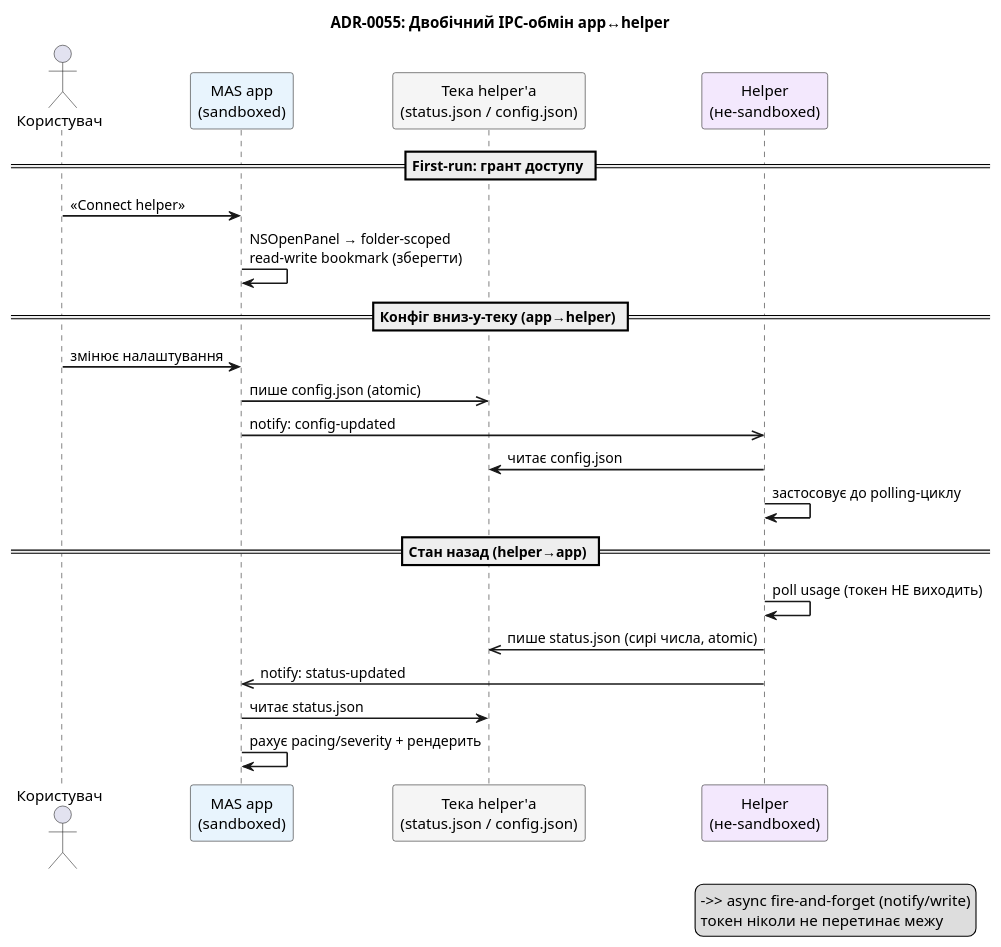
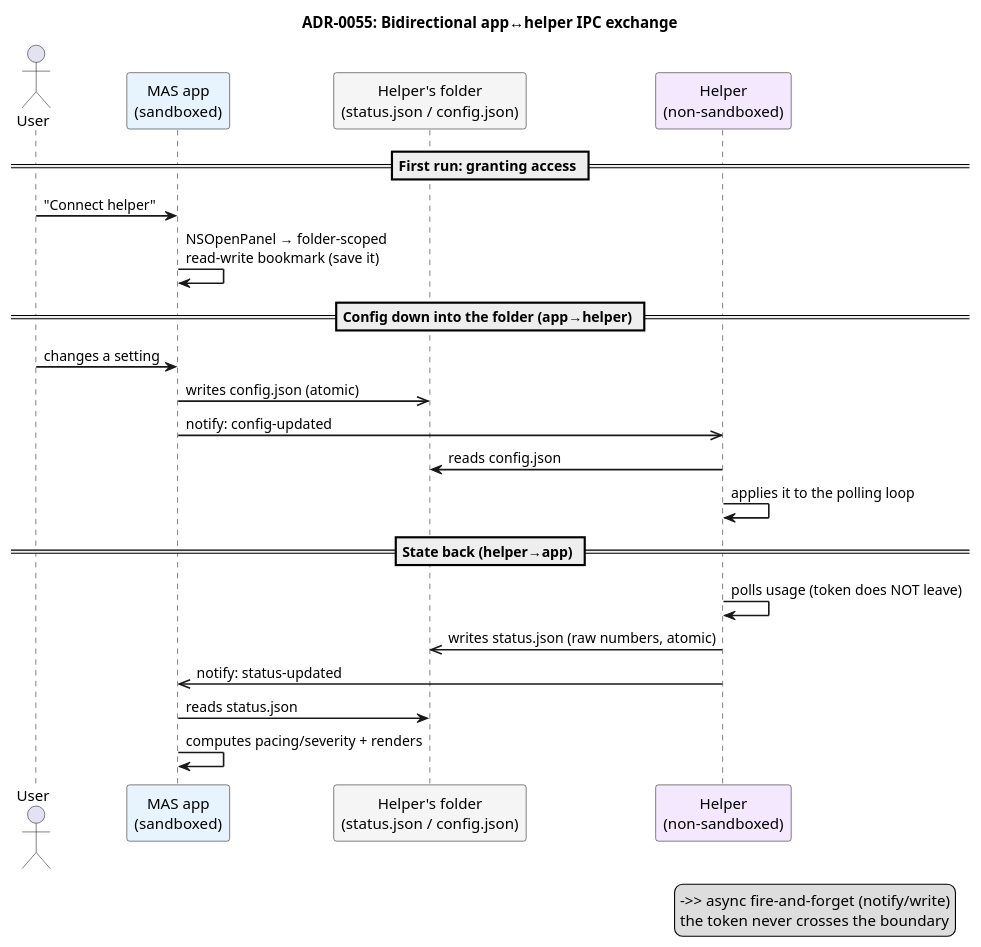
One commit to artem-from-ua/tokenpace changed the first of 2 diagrams in docs/adr/0055-ipc-file-darwin-bookmark.md. Above: the diagram before and after it, drawn with PlantUML. The commit also changed other lines of this file and 116 other files, not shown here.

````diff
--- a/docs/adr/0055-ipc-file-darwin-bookmark.md
+++ b/docs/adr/0055-ipc-file-darwin-bookmark.md
@@ -52,35 +53,35 @@
 ```plantuml
 @startuml
-title ADR-0055: Двобічний IPC-обмін app↔helper
+title ADR-0055: Bidirectional app↔helper IPC exchange
 skinparam sequenceArrowThickness 1.5
 skinparam LifeLineBorderColor #C0C0C0
 
-actor Користувач as U
+actor User as U
 participant "MAS app\n(sandboxed)" as App #E8F4FD
-participant "Тека helper'а\n(status.json / config.json)" as Dir #F5F5F5
-participant "Helper\n(не-sandboxed)" as Helper #F3E8FD
+participant "Helper's folder\n(status.json / config.json)" as Dir #F5F5F5
+participant "Helper\n(non-sandboxed)" as Helper #F3E8FD
 
-== First-run: грант доступу ==
-U -> App : «Connect helper»
-App -> App : NSOpenPanel → folder-scoped\nread-write bookmark (зберегти)
+== First run: granting access ==
+U -> App : "Connect helper"
+App -> App : NSOpenPanel → folder-scoped\nread-write bookmark (save it)
 
-== Конфіг вниз-у-теку (app→helper) ==
-U -> App : змінює налаштування
-App ->> Dir : пише config.json (atomic)
+== Config down into the folder (app→helper) ==
+U -> App : changes a setting
+App ->> Dir : writes config.json (atomic)
 App ->> Helper : notify: config-updated
-Helper -> Dir : читає config.json
-Helper -> Helper : застосовує до polling-циклу
+Helper -> Dir : reads config.json
+Helper -> Helper : applies it to the polling loop
 
-== Стан назад (helper→app) ==
-Helper -> Helper : poll usage (токен НЕ виходить)
-Helper ->> Dir : пише status.json (сирі числа, atomic)
+== State back (helper→app) ==
+Helper -> Helper : polls usage (token does NOT leave)
+Helper ->> Dir : writes status.json (raw numbers, atomic)
 Helper ->> App : notify: status-updated
-App -> Dir : читає status.json
-App -> App : рахує pacing/severity + рендерить
+App -> Dir : reads status.json
+App -> App : computes pacing/severity + renders
 
 legend right
   ->> async fire-and-forget (notify/write)
-  токен ніколи не перетинає межу
+  the token never crosses the boundary
 end legend
 @enduml
 ```
````
